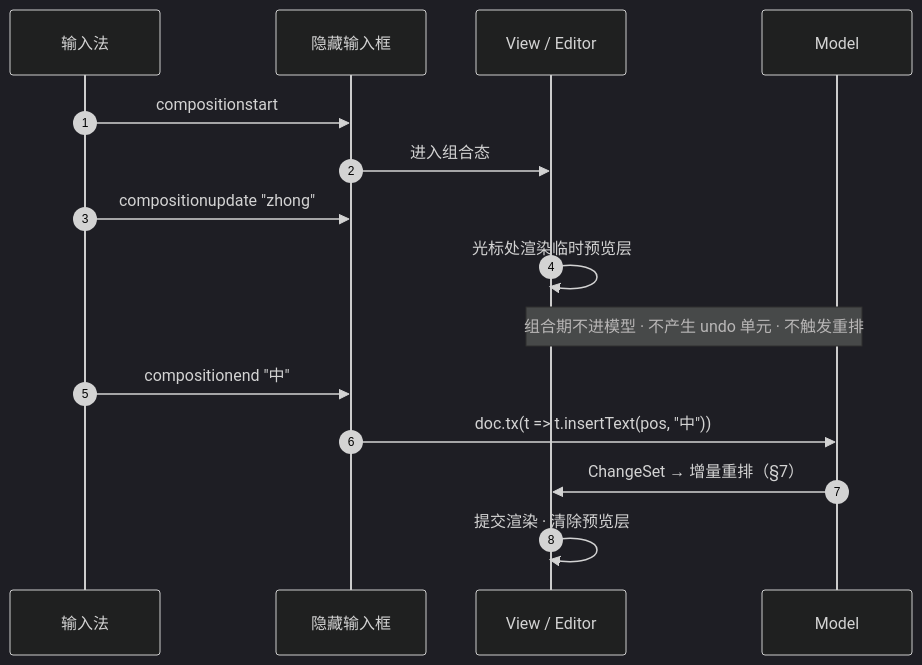
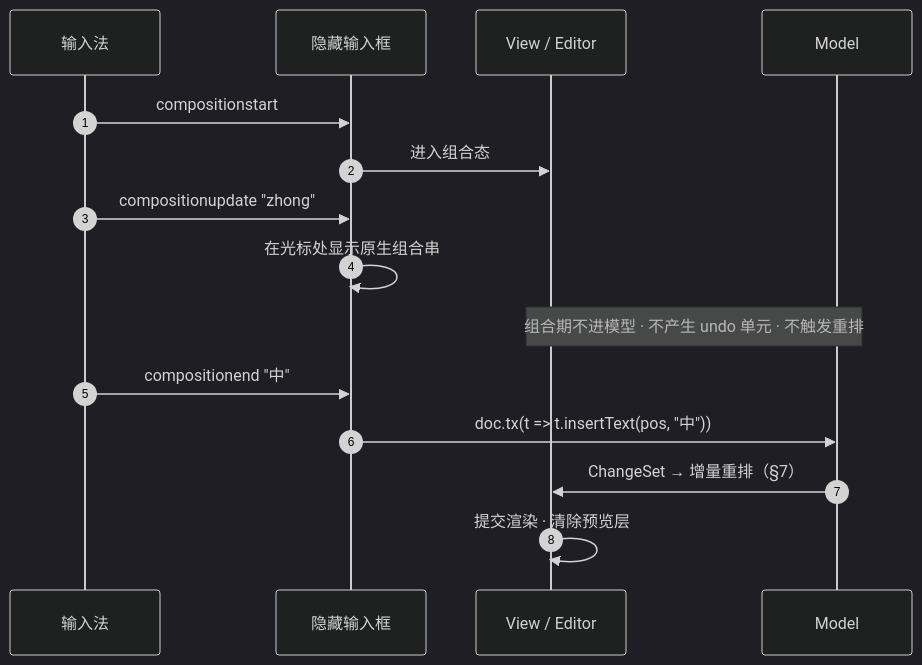
Before and after one commit to shedan9/ultimate-word-js: the seventh of 7 diagrams in docs/architecture.md, drawn with Mermaid (dark theme). The commit also changed other lines of this file and 5 other files, not shown here.

````diff
--- a/docs/architecture.md
+++ b/docs/architecture.md
@@ -880,18 +881,18 @@
 ```mermaid
 sequenceDiagram
   autonumber
   participant IME as 输入法
   participant H as 隐藏输入框
   participant V as View / Editor
   participant M as Model
 
   IME->>H: compositionstart
   H->>V: 进入组合态
   IME->>H: compositionupdate "zhong"
-  V->>V: 光标处渲染临时预览层
+  H->>H: 在光标处显示原生组合串
   Note over V,M: 组合期不进模型 · 不产生 undo 单元 · 不触发重排
   IME->>H: compositionend "中"
   H->>M: doc.tx(t => t.insertText(pos, "中"))
   M->>V: ChangeSet → 增量重排（§7）
   V->>V: 提交渲染 · 清除预览层
 ```
````
